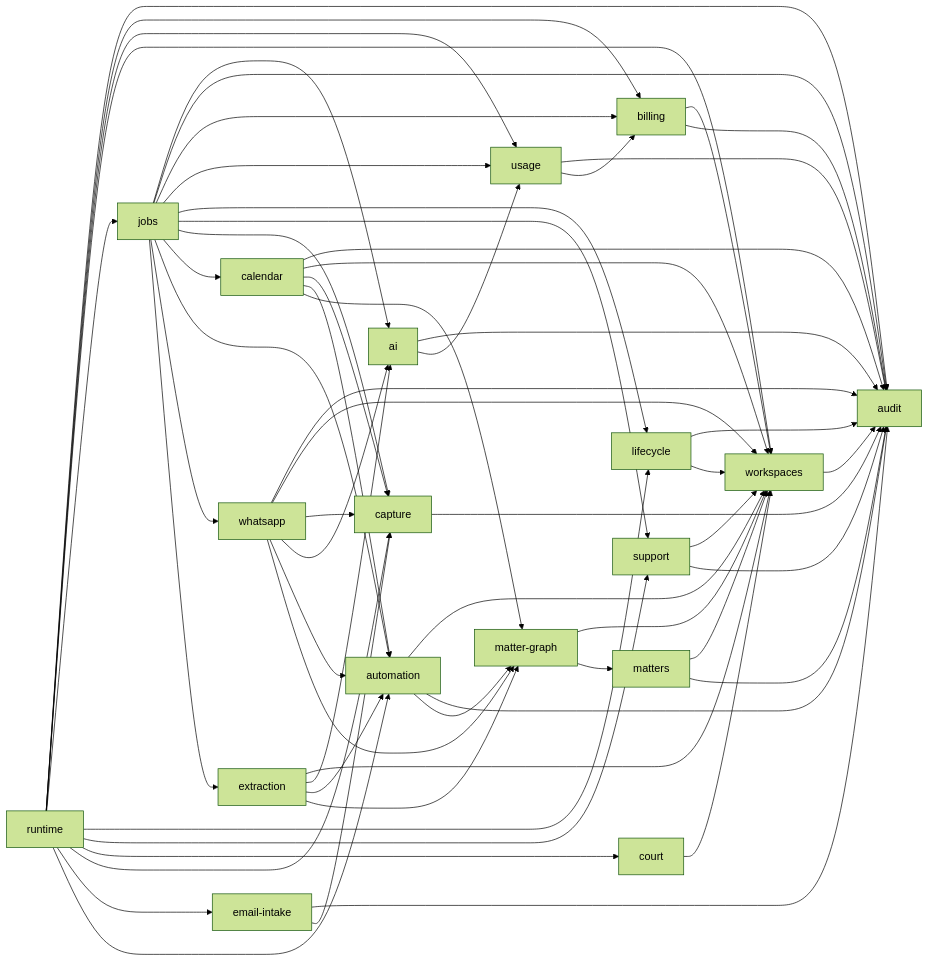
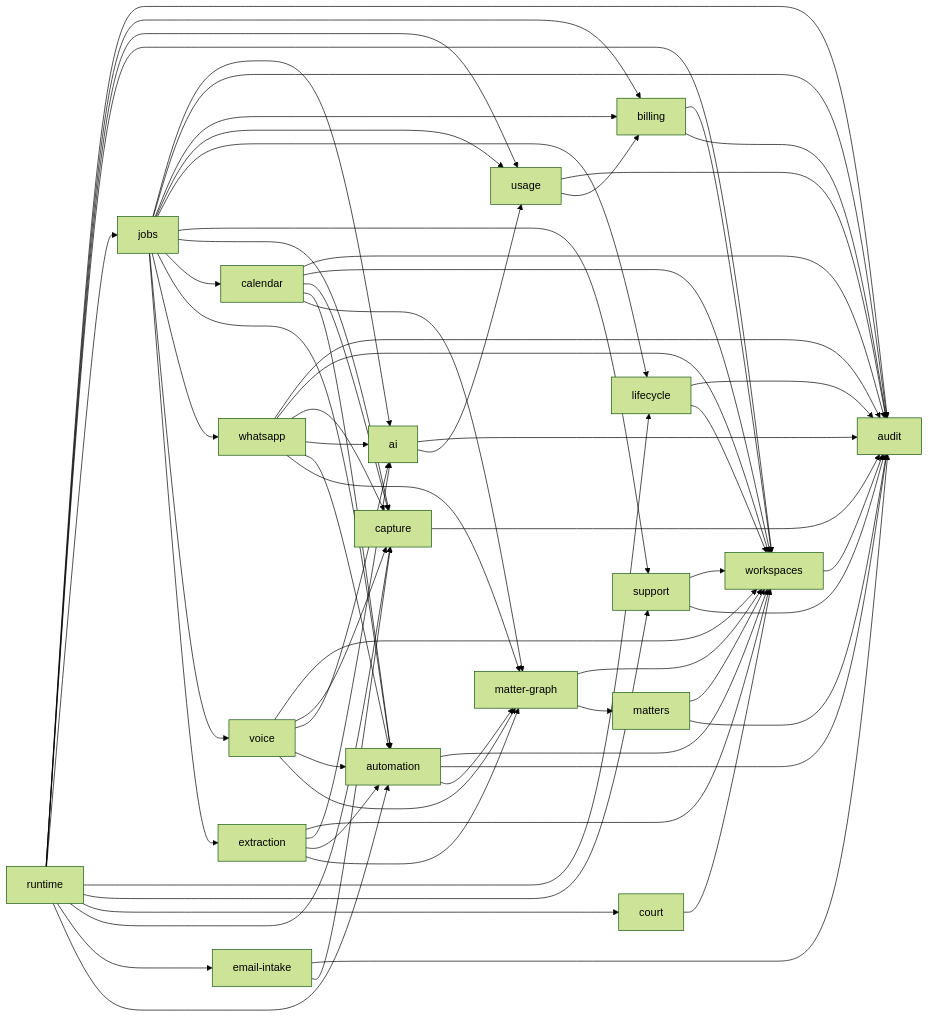
One commit to RapierCraftStudios/causedeck changed the diagram in docs/engineering/core-domains.md. Above: the diagram before and after it, drawn with Mermaid (forest theme). The commit also changed other lines of this file and 25 other files, not shown here.

Commit message:
feat(capture): voice.process job, unreadable-audio routing and recording deletion (#542)

````diff
--- a/docs/engineering/core-domains.md
+++ b/docs/engineering/core-domains.md
@@ -65,62 +66,68 @@
 ```mermaid
 graph LR
   workspaces --> audit
   matters --> workspaces
   matters --> audit
   court --> workspaces
   matter-graph --> workspaces
   matter-graph --> matters
   automation --> workspaces
   automation --> audit
   automation --> matter-graph
   billing --> workspaces
   billing --> audit
   usage --> audit
   usage --> billing
   ai --> audit
   ai --> usage
   lifecycle --> audit
   lifecycle --> workspaces
   support --> workspaces
   support --> audit
   capture --> audit
   email-intake --> audit
   email-intake --> capture
   jobs --> ai
   jobs --> audit
   jobs --> billing
   jobs --> usage
   jobs --> lifecycle
   jobs --> support
   jobs --> capture
   jobs --> calendar
   jobs --> automation
   jobs --> whatsapp
+  jobs --> voice
   jobs --> extraction
   calendar --> audit
   calendar --> workspaces
   calendar --> capture
   calendar --> automation
   calendar --> matter-graph
   whatsapp --> audit
   whatsapp --> workspaces
   whatsapp --> capture
   whatsapp --> ai
   whatsapp --> automation
   whatsapp --> matter-graph
+  voice --> workspaces
+  voice --> capture
+  voice --> ai
+  voice --> automation
+  voice --> matter-graph
   extraction --> workspaces
   extraction --> ai
   extraction --> automation
   extraction --> matter-graph
   runtime --> audit
   runtime --> billing
   runtime --> usage
   runtime --> workspaces
   runtime --> jobs
   runtime --> lifecycle
   runtime --> support
   runtime --> court
   runtime --> capture
   runtime --> email-intake
   runtime --> automation
 ```
````
